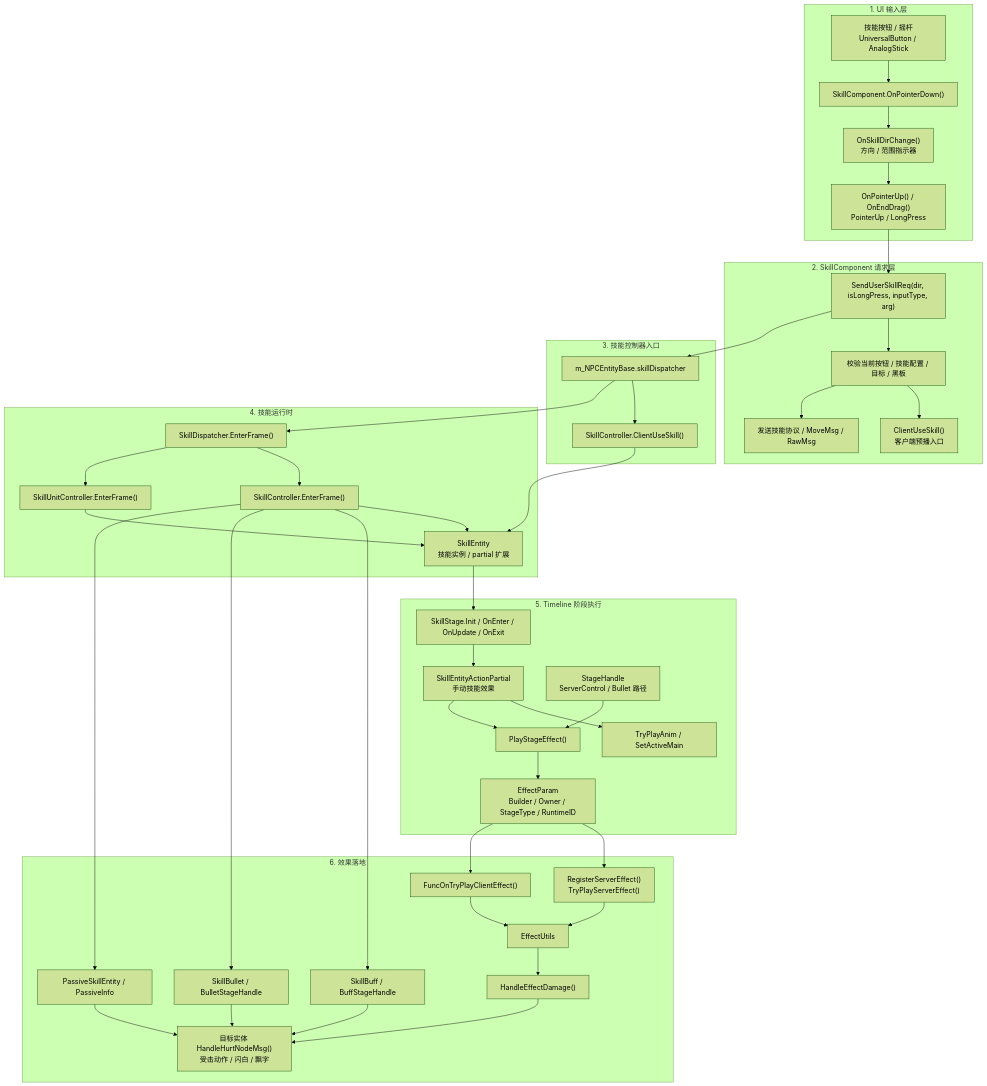
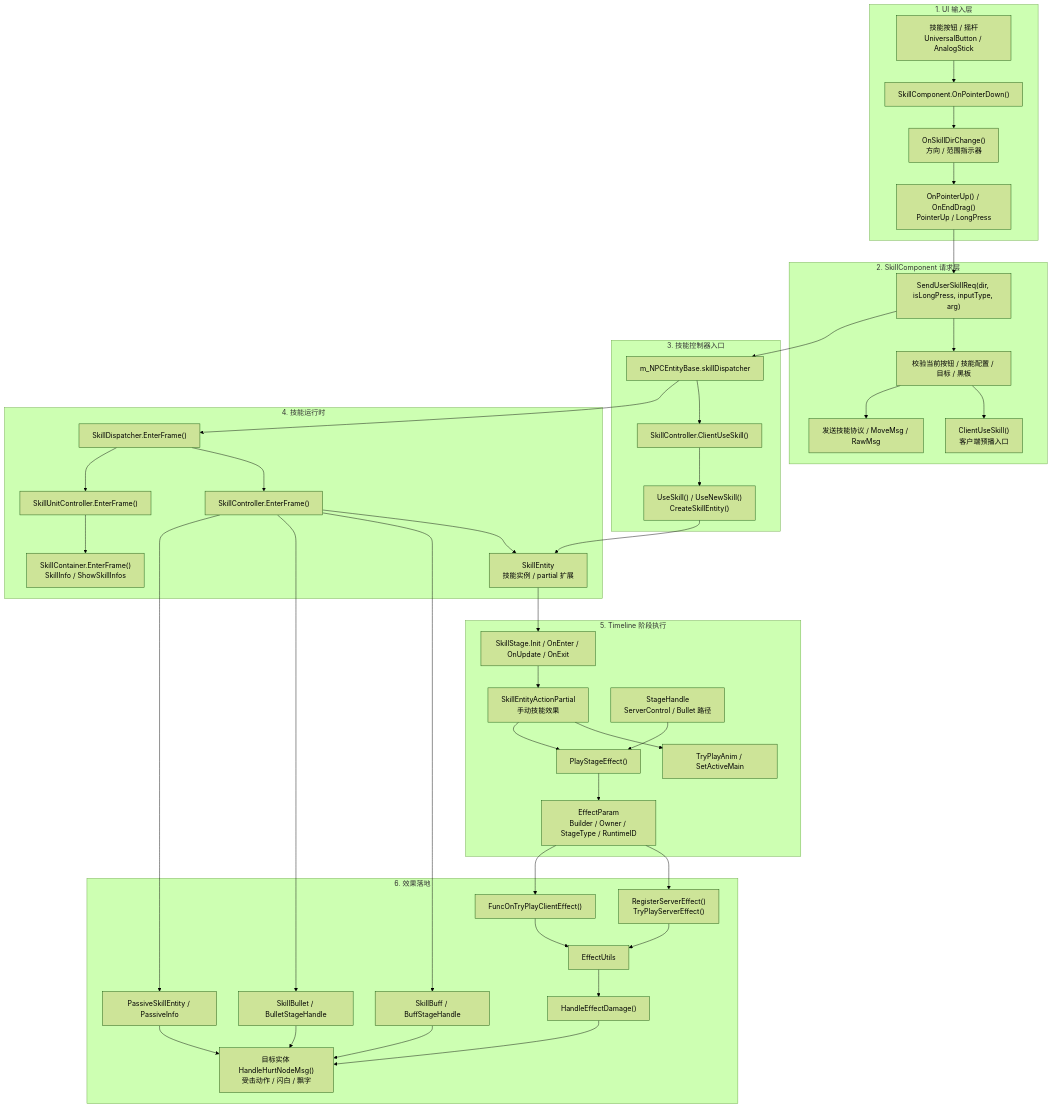
The first of 2 diagrams in diagrams/battle/FLOW_SKILL_CAST_FULL.md (BoyLei/Stars), drawn with Mermaid (forest theme) before and after one commit. The commit also changed other lines of this file and 18 other files, not shown here.

```diff
--- a/diagrams/battle/FLOW_SKILL_CAST_FULL.md
+++ b/diagrams/battle/FLOW_SKILL_CAST_FULL.md
@@ -36,12 +36,14 @@
     subgraph Control["3. 技能控制器入口"]
         Entity["m_NPCEntityBase.skillDispatcher"]
         ClientUse["SkillController.ClientUseSkill()"]
+        UseFlow["UseSkill() / UseNewSkill()<br/>CreateSkillEntity()"]
     end
 
     subgraph Runtime["4. 技能运行时"]
         SD["SkillDispatcher.EnterFrame()"]
         SC["SkillController.EnterFrame()"]
         SUC["SkillUnitController.EnterFrame()"]
+        SkillContainer["SkillContainer.EnterFrame()<br/>SkillInfo / ShowSkillInfos"]
         SkillEntity["SkillEntity<br/>技能实例 / partial 扩展"]
     end
 
@@ -74,12 +76,13 @@
     Check --> NetReq
     Req --> Entity
     Entity --> ClientUse
-    ClientUse --> SkillEntity
+    ClientUse --> UseFlow
+    UseFlow --> SkillEntity
     Entity --> SD
     SD --> SC
     SD --> SUC
     SC --> SkillEntity
-    SUC --> SkillEntity
+    SUC --> SkillContainer
     SkillEntity --> SS
     SS --> Act
     Act --> Anim
```
